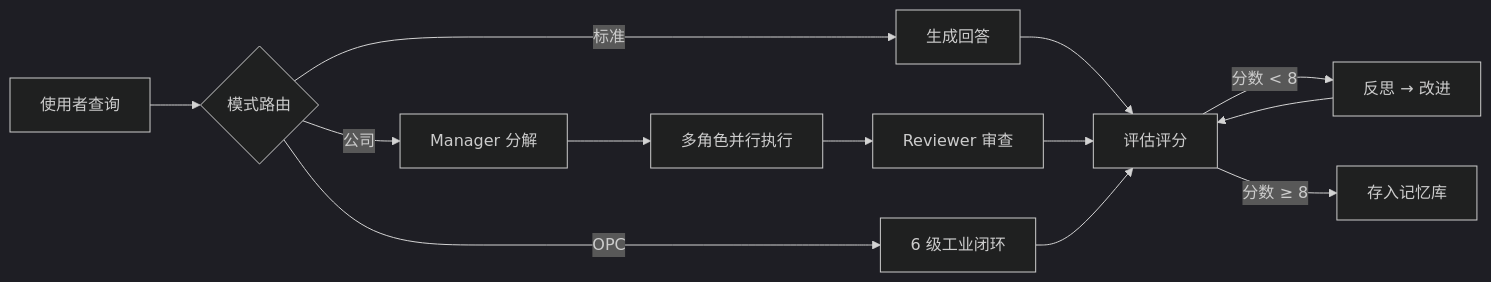
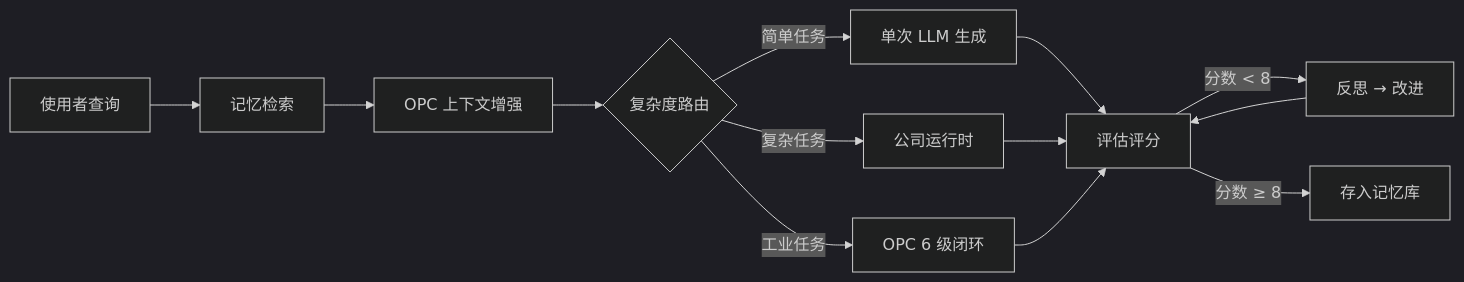
Before and after one commit to iiooiioo888/Evoloop: the diagram in README.md, drawn with Mermaid (dark theme). The commit also changed other lines of this file and 46 other files, not shown here.

````diff
--- a/README.md
+++ b/README.md
@@ -46,15 +46,15 @@
 ```mermaid
 graph LR
-    A[使用者查询] --> B{模式路由}
-    B -->|标准| C[生成回答]
-    B -->|公司| D[Manager 分解]
-    B -->|OPC| E[6 级工业闭环]
-    C --> F[评估评分]
-    D --> G[多角色并行执行]
-    G --> H[Reviewer 审查]
-    H --> F
-    E --> F
-    F -->|分数 < 8| I[反思 → 改进]
-    I --> F
-    F -->|分数 ≥ 8| J[存入记忆库]
+    A[使用者查询] --> B[记忆检索]
+    B --> C[OPC 上下文增强]
+    C --> D{复杂度路由}
+    D -->|简单任务| E[单次 LLM 生成]
+    D -->|复杂任务| F[公司运行时]
+    D -->|工业任务| G[OPC 6 级闭环]
+    E --> H[评估评分]
+    F --> H
+    G --> H
+    H -->|分数 < 8| I[反思 → 改进]
+    I --> H
+    H -->|分数 ≥ 8| J[存入记忆库]
 ```
````
